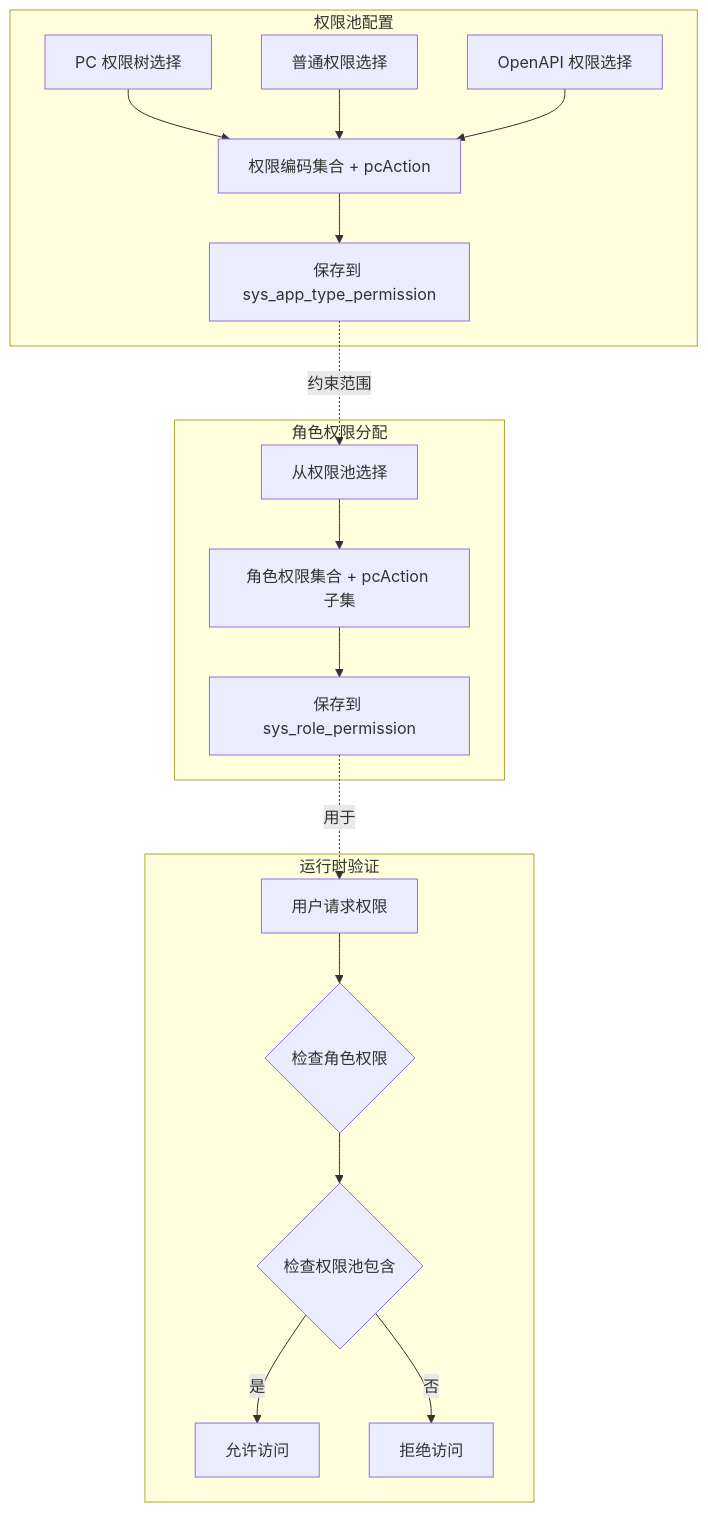
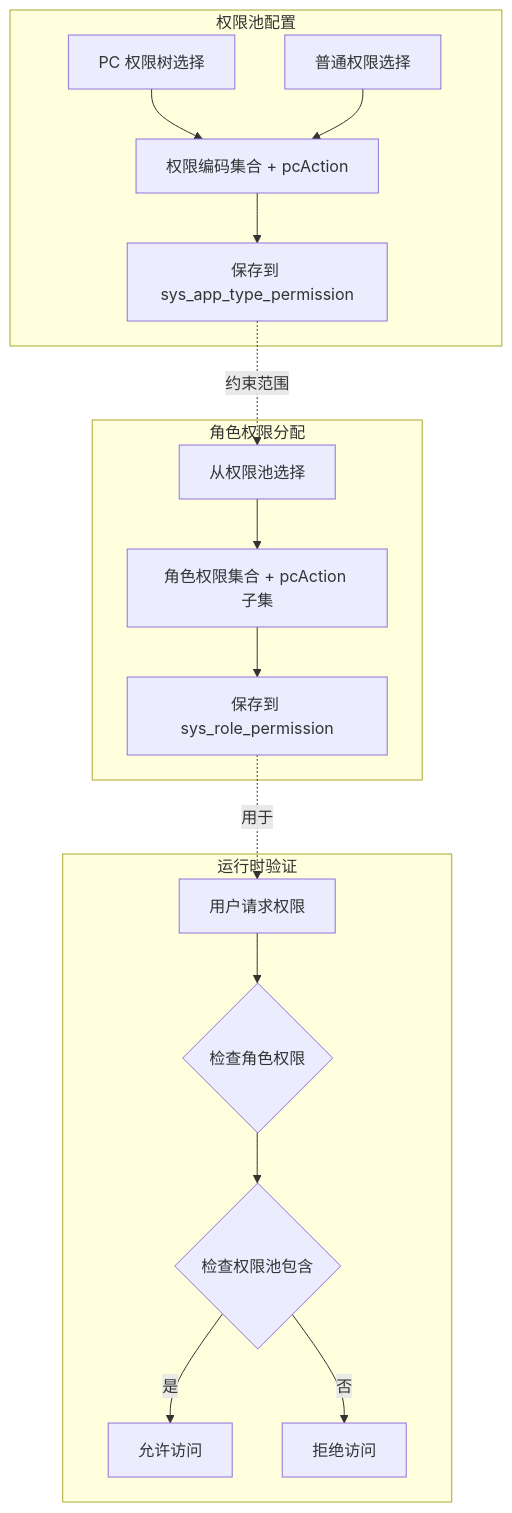
The third of 4 diagrams in docs/flows/permission-pool-setup.md (huyumo/moyan-mfw), drawn with Mermaid before and after one commit. The commit also changed other lines of this file and 10 other files, not shown here.

````diff
--- a/docs/flows/permission-pool-setup.md
+++ b/docs/flows/permission-pool-setup.md
@@ -154,24 +147,23 @@
 ```mermaid
 graph TB
     subgraph 权限池配置
         P1[PC 权限树选择] --> P4[权限编码集合 + pcAction]
         P2[普通权限选择] --> P4
-        P3[OpenAPI 权限选择] --> P4
         P4 --> P5[保存到 sys_app_type_permission]
     end
 
     subgraph 角色权限分配
         R1[从权限池选择] --> R4[角色权限集合 + pcAction 子集]
         R4 --> R5[保存到 sys_role_permission]
     end
 
     subgraph 运行时验证
         V1[用户请求权限] --> V2{检查角色权限}
         V2 --> V3{检查权限池包含}
         V3 -->|是 | V4[允许访问]
         V3 -->|否 | V5[拒绝访问]
     end
 
     P5 -.->|约束范围 | R1
     R5 -.->|用于 | V1
 ```
````
